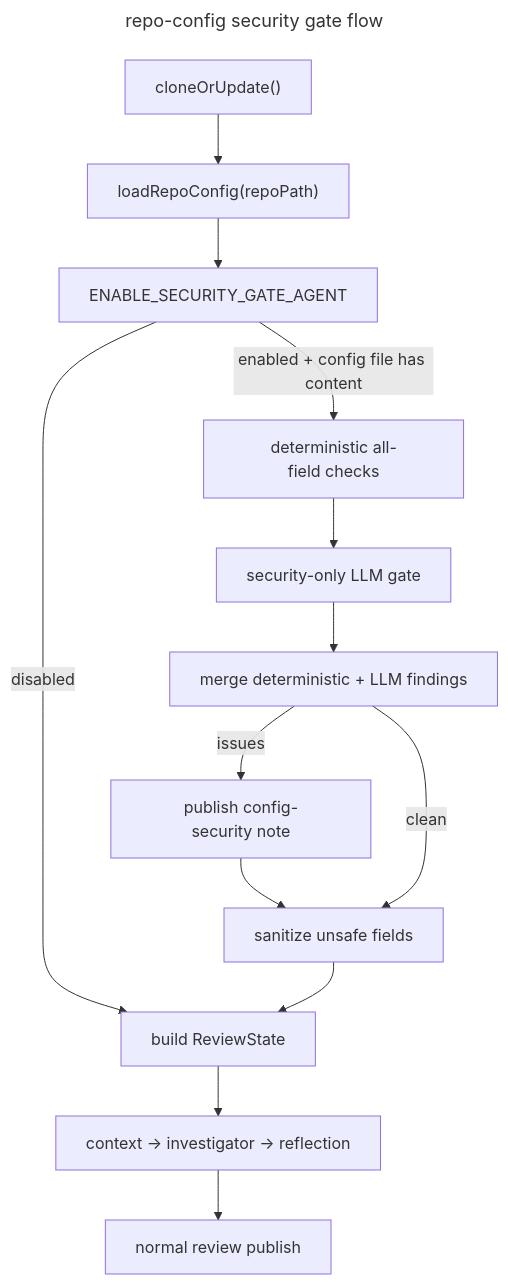
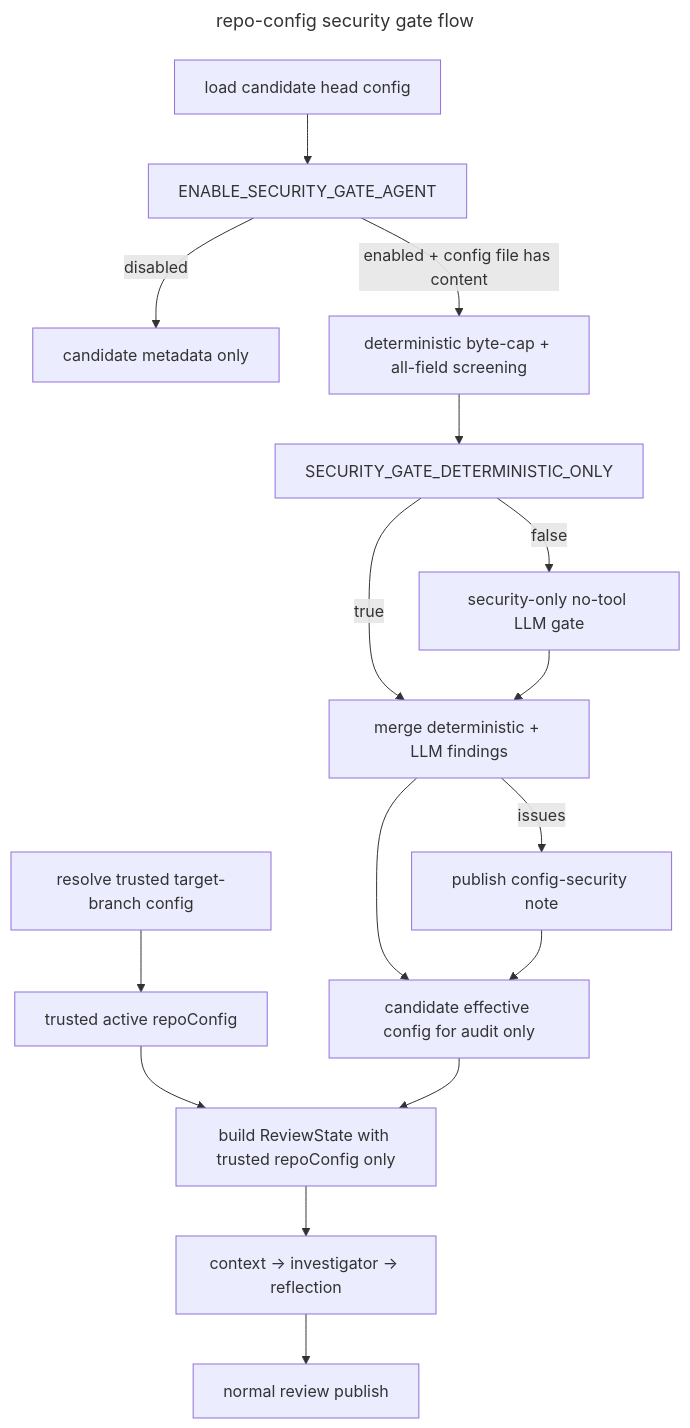
One commit to elis-salobehaj/code-smith changed the diagram in docs/designs/repo-config-security-gate.md. Above: the diagram before and after it, drawn with Mermaid. The commit also changed other lines of this file and 41 other files, not shown here.

First line of the commit message:
feat: ship repo-config security gate

````diff
--- a/docs/designs/repo-config-security-gate.md
+++ b/docs/designs/repo-config-security-gate.md
@@ -67,23 +89,26 @@
 ```mermaid
 ---
 title: repo-config security gate flow
 config:
   look: "classic"
   markdownAutoWrap: false
   flowchart:
     curve: ""
 ---
 flowchart TD
-  Clone["`cloneOrUpdate()`"] --> Load["`loadRepoConfig(repoPath)`"]
-  Load --> Flag["`ENABLE_SECURITY_GATE_AGENT`"]
-  Flag -->|disabled| ReviewState["`build ReviewState`"]
-  Flag -->|enabled + config file has content| D1["`deterministic all-field checks`"]
-  D1 --> LLMGate["`security-only LLM gate`"]
-  LLMGate --> Findings["`merge deterministic + LLM findings`"]
-  Findings -->|issues| PublishGate["`publish config-security note`"]
-  PublishGate --> Sanitize["`sanitize unsafe fields`"]
-  Findings -->|clean| Sanitize
-  Sanitize --> ReviewState["`build ReviewState`"]
-  ReviewState --> MainReview["`context → investigator → reflection`"]
-  MainReview --> ReviewPublish["`normal review publish`"]
+  Trusted["`resolve trusted target-branch config`"] --> Active["`trusted active repoConfig`"]
+  Head["`load candidate head config`"] --> Flag["`ENABLE_SECURITY_GATE_AGENT`"]
+  Flag -->|disabled| CandidateMeta["candidate metadata only"]
+  Flag -->|enabled + config file has content| Deterministic["deterministic byte-cap + all-field screening"]
+  Deterministic --> Mode["`SECURITY_GATE_DETERMINISTIC_ONLY`"]
+  Mode -->|true| Findings["deterministic findings only"]
+  Mode -->|false| LLMGate["security-only no-tool LLM gate"]
+  LLMGate --> Findings["merge deterministic + LLM findings"]
+  Findings -->|issues| PublishGate["publish config-security note"]
+  Findings --> CandidateEffective["candidate effective config for audit only"]
+  PublishGate --> CandidateEffective
+  Active --> ReviewState["build ReviewState with trusted repoConfig only"]
+  CandidateEffective --> ReviewState
+  ReviewState --> MainReview["context -> investigator -> reflection"]
+  MainReview --> ReviewPublish["normal review publish"]
 ```
````
